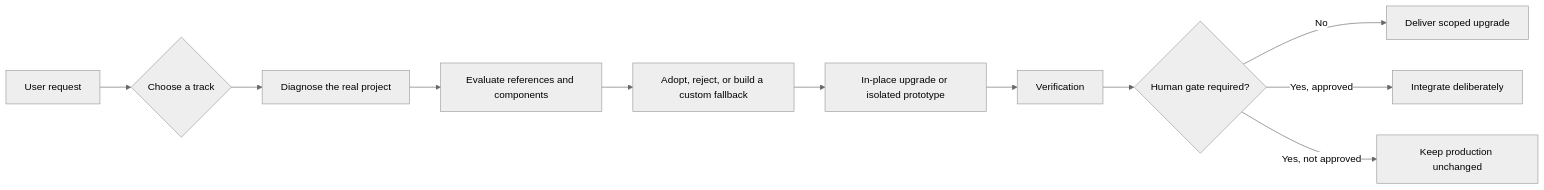
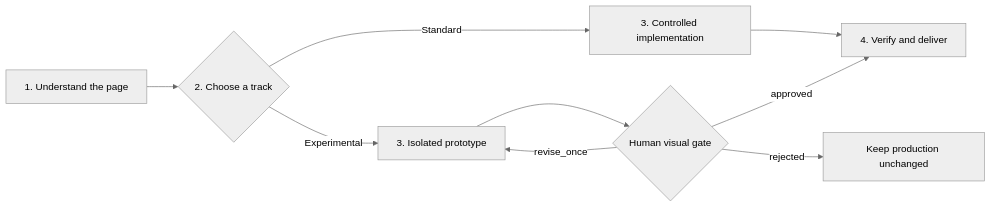
The diagram in README.en.md (Zeno-wistom/vibe-upgrader), drawn with Mermaid (neutral theme) before and after one commit. The commit also changed other lines of this file and 5 other files, not shown here.

````diff
--- a/README.en.md
+++ b/README.en.md
@@ -103,13 +171,11 @@
 ```mermaid
 flowchart LR
-    A[User request] --> B{Choose a track}
-    B --> C[Diagnose the real project]
-    C --> D[Evaluate references and components]
-    D --> E[Adopt, reject, or build a custom fallback]
-    E --> F[In-place upgrade or isolated prototype]
-    F --> G[Verification]
-    G --> H{Human gate required?}
-    H -->|No| I[Deliver scoped upgrade]
-    H -->|Yes, approved| J[Integrate deliberately]
-    H -->|Yes, not approved| K[Keep production unchanged]
+    A["1. Understand the page"] --> B{"2. Choose a track"}
+    B -->|Standard| C["3. Controlled implementation"]
+    B -->|Experimental| D["3. Isolated prototype"]
+    C --> E["4. Verify and deliver"]
+    D --> F{"Human visual gate"}
+    F -->|approved| E
+    F -->|revise_once| D
+    F -->|rejected| G["Keep production unchanged"]
 ```
````
